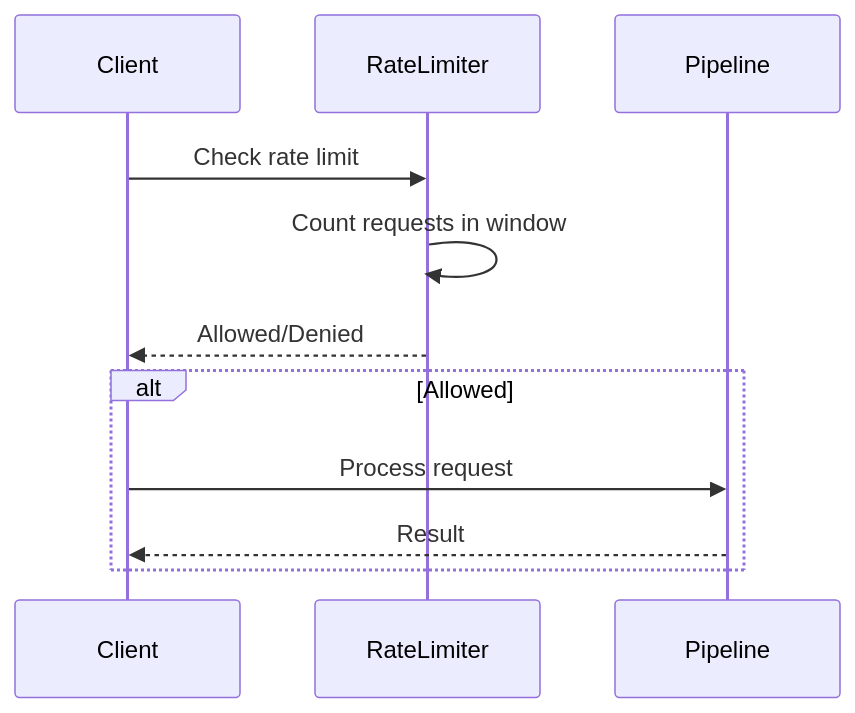
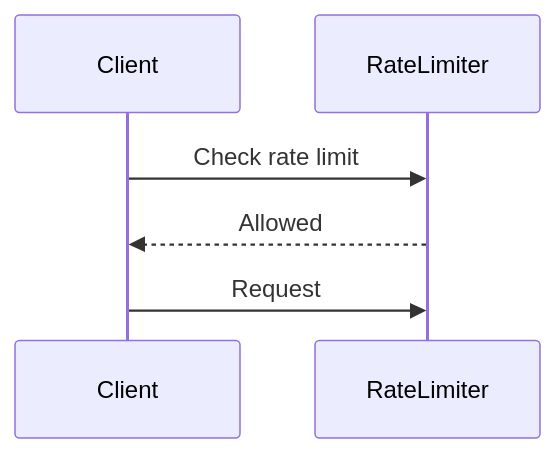
Before and after one commit to wisrovi/wpipe: the second of 5 diagrams in examples/api_pipeline/11_rate_limiting/README.md, drawn with Mermaid. The commit also changed other lines of this file and 20 other files, not shown here.

First line of the commit message:
Simplify Mermaid diagrams for better rendering

````diff
--- a/examples/api_pipeline/11_rate_limiting/README.md
+++ b/examples/api_pipeline/11_rate_limiting/README.md
@@ -24,14 +22,9 @@
 ```mermaid
 sequenceDiagram
-    participant Client
-    participant RateLimiter
-    participant Pipeline
+    participant C as Client
+    participant R as RateLimiter
     
-    Client->>RateLimiter: Check rate limit
-    RateLimiter->>RateLimiter: Count requests in window
-    RateLimiter-->>Client: Allowed/Denied
-    alt Allowed
-        Client->>Pipeline: Process request
-        Pipeline-->>Client: Result
-    end
+    C->>R: Check rate limit
+    R-->>C: Allowed
+    C->>R: Request
 ```
````
